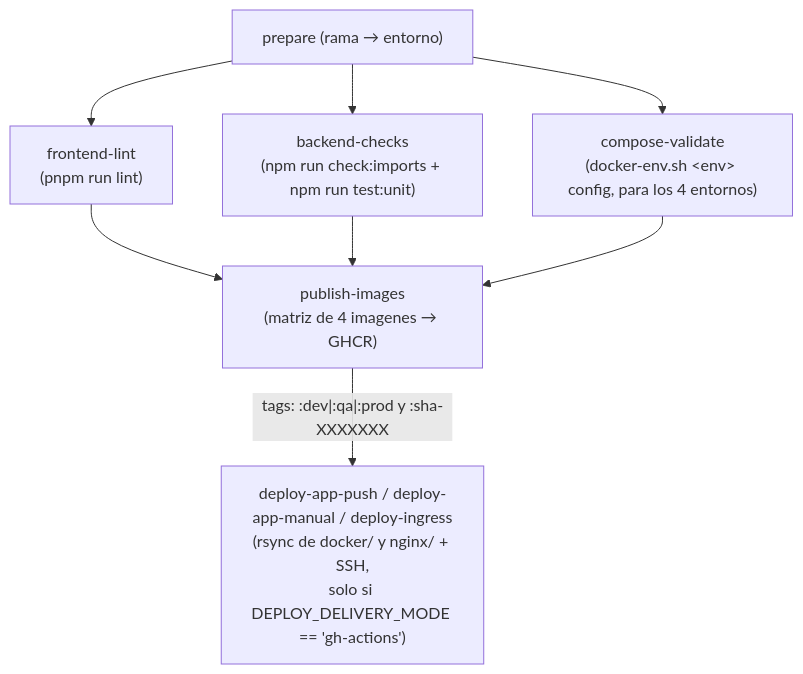
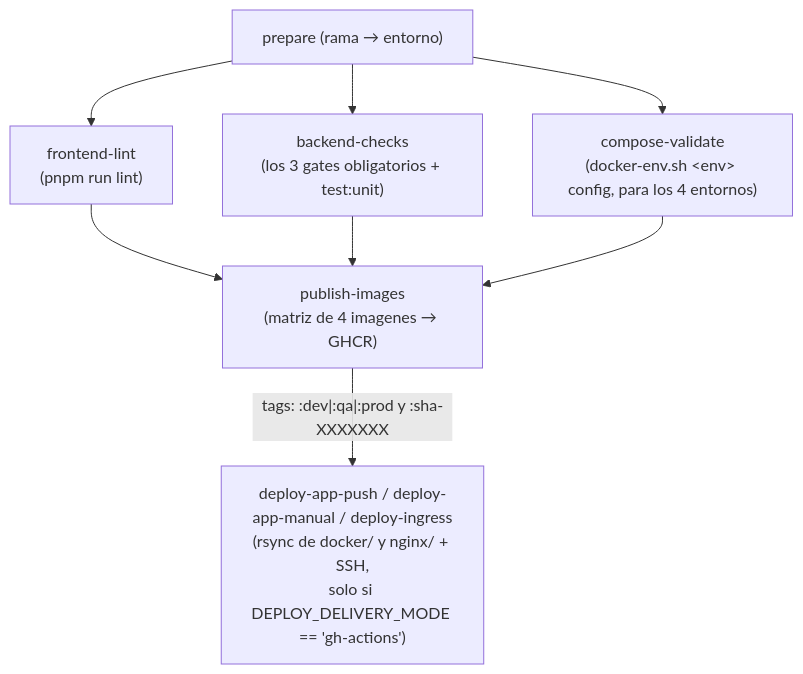
The diagram in docs/src/content/docs/infraestructura/cicd-sonar.md (fresvel/deasy), drawn with Mermaid before and after one commit. The commit also changed other lines of this file and 3 other files, not shown here.

````diff
--- a/docs/src/content/docs/infraestructura/cicd-sonar.md
+++ b/docs/src/content/docs/infraestructura/cicd-sonar.md
@@ -9,20 +9,20 @@
 ```mermaid
 %% diagrama 15 — cd-multienv.yml: de prepare a los jobs de despliegue
 flowchart TD
   prepare["prepare (rama → entorno)"]
   lint["frontend-lint<br/>(pnpm run lint)"]
-  checks["backend-checks<br/>(npm run check:imports + npm run test:unit)"]
+  checks["backend-checks<br/>(los 3 gates obligatorios + test:unit)"]
   validate["compose-validate<br/>(docker-env.sh #lt;env#gt; config, para los 4 entornos)"]
   publish["publish-images<br/>(matriz de 4 imagenes → GHCR)"]
   deploy["deploy-app-push / deploy-app-manual / deploy-ingress<br/>(rsync de docker/ y nginx/ + SSH,<br/>solo si DEPLOY_DELIVERY_MODE == 'gh-actions')"]
 
   prepare --> lint
   prepare --> checks
   prepare --> validate
 
   lint --> publish
   checks --> publish
   validate --> publish
 
   publish -->|"tags: :dev#124;:qa#124;:prod y :sha-XXXXXXX"| deploy
 ```
````
